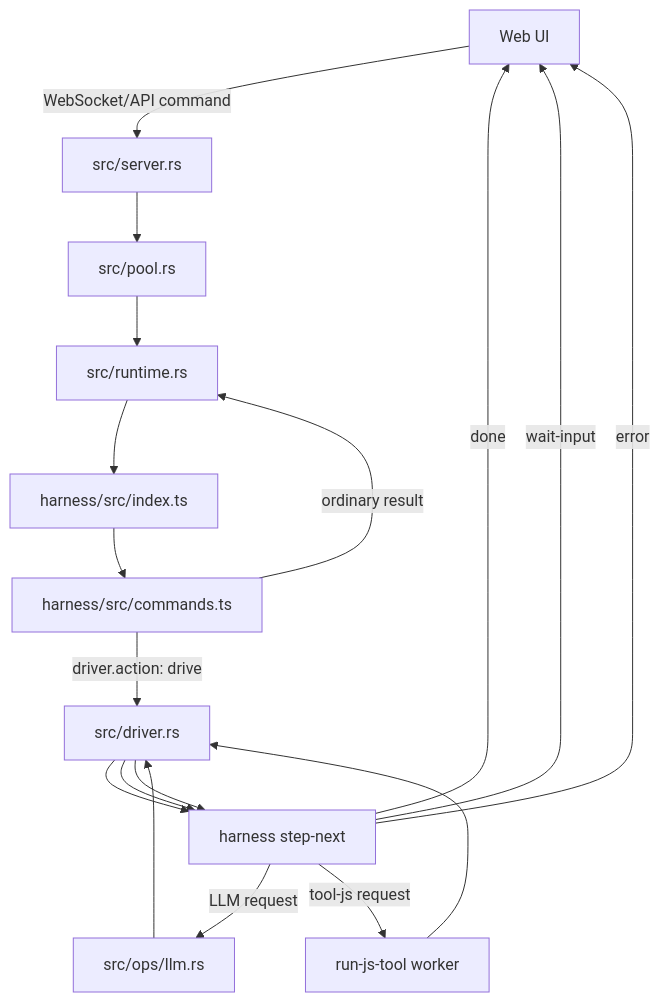
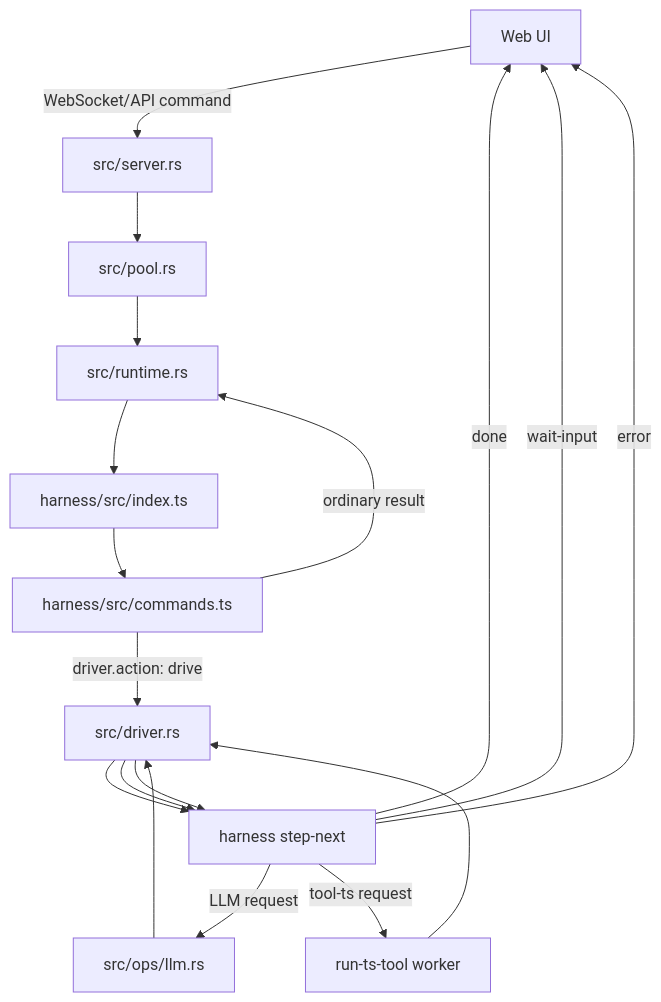
One commit to pcarrier/moo changed the fifth of 22 diagrams in docs/harness-walkthrough.md. Above: the diagram before and after it, drawn with Mermaid. The commit also changed other lines of this file and 104 other files, not shown here.

````diff
--- a/docs/harness-walkthrough.md
+++ b/docs/harness-walkthrough.md
@@ -156,24 +156,24 @@
 ```mermaid
 flowchart TD
   UI[Web UI] -->|WebSocket/API command| RustServer[src/server.rs]
   RustServer --> Pool[src/pool.rs]
   Pool --> Runtime[src/runtime.rs]
   Runtime --> Harness[harness/src/index.ts]
   Harness --> Commands[harness/src/commands.ts]
 
   Commands -->|ordinary result| Runtime
   Commands -->|driver.action: drive| Driver[src/driver.rs]
 
   Driver --> StepNext[harness step-next]
   StepNext -->|LLM request| LLM[src/ops/llm.rs]
   LLM --> Driver
   Driver --> StepNext
 
-  StepNext -->|tool-js request| ToolWorker[run-js-tool worker]
+  StepNext -->|tool-ts request| ToolWorker[run-ts-tool worker]
   ToolWorker --> Driver
   Driver --> StepNext
 
   StepNext -->|done| UI
   StepNext -->|wait-input| UI
   StepNext -->|error| UI
 ```
````
